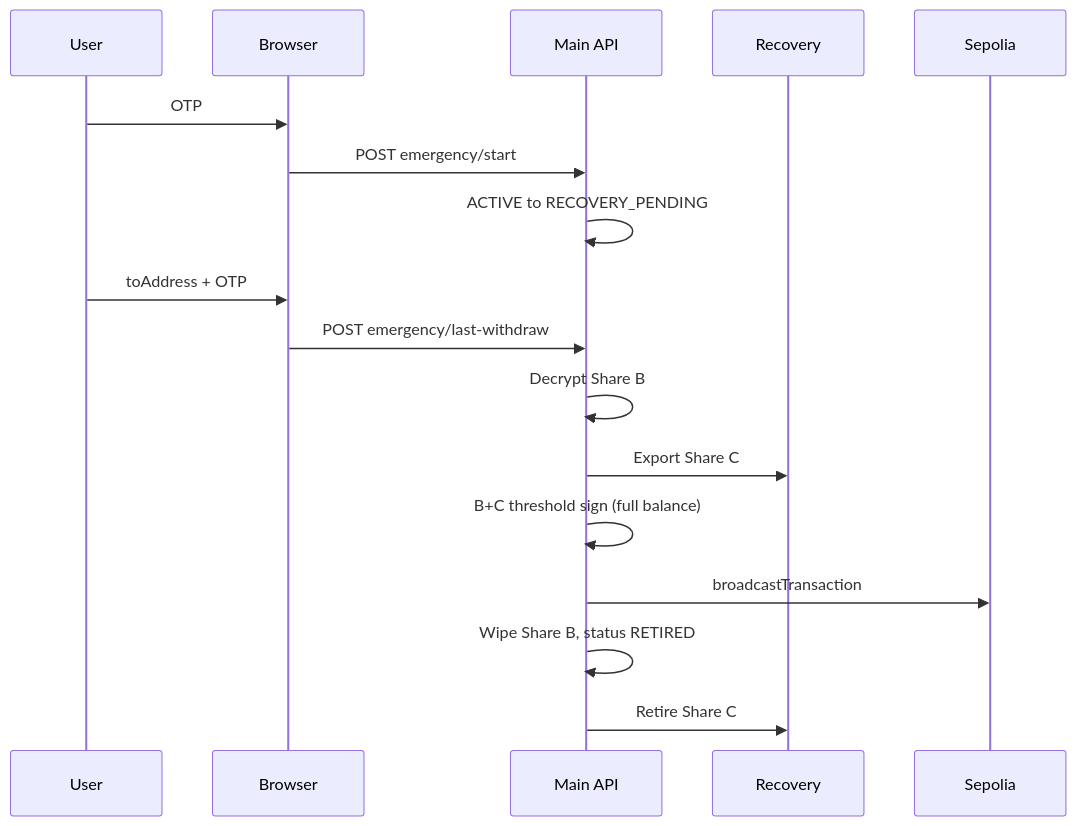
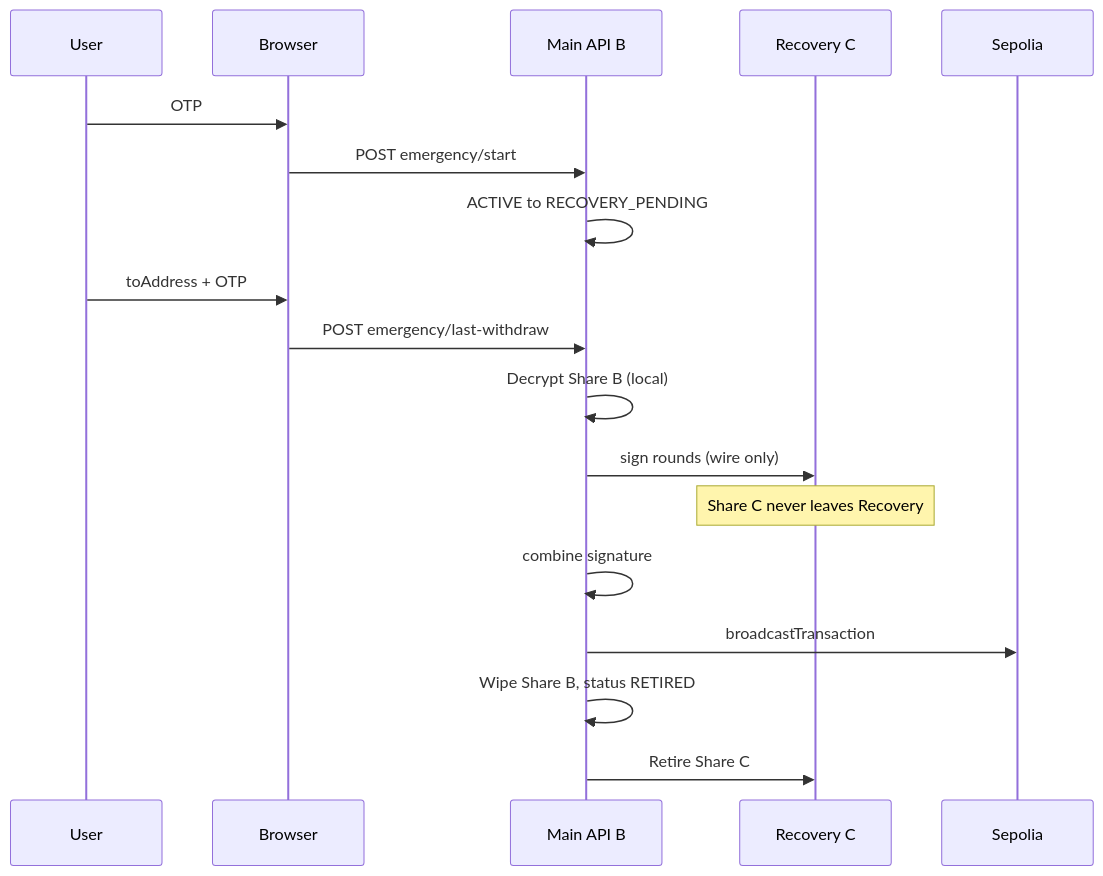
Before and after one commit to Cho-Seolmin/selfmade-mpc-wallet: the second of 3 diagrams in README.md, drawn with Mermaid. The commit also changed other lines of this file and 54 other files, not shown here.

````diff
--- a/README.md
+++ b/README.md
@@ -107,20 +116,21 @@
 ```mermaid
 sequenceDiagram
   participant U as User
   participant W as Browser
-  participant A as Main API
-  participant R as Recovery
+  participant A as Main API B
+  participant R as Recovery C
   participant ETH as Sepolia
 
   U->>W: OTP
   W->>A: POST emergency/start
   A->>A: ACTIVE to RECOVERY_PENDING
   U->>W: toAddress + OTP
   W->>A: POST emergency/last-withdraw
-  A->>A: Decrypt Share B
-  A->>R: Export Share C
-  A->>A: B+C threshold sign (full balance)
+  A->>A: Decrypt Share B (local)
+  A->>R: sign rounds (wire only)
+  Note over R: Share C never leaves Recovery
+  A->>A: combine signature
   A->>ETH: broadcastTransaction
   A->>A: Wipe Share B, status RETIRED
   A->>R: Retire Share C
 ```
````
